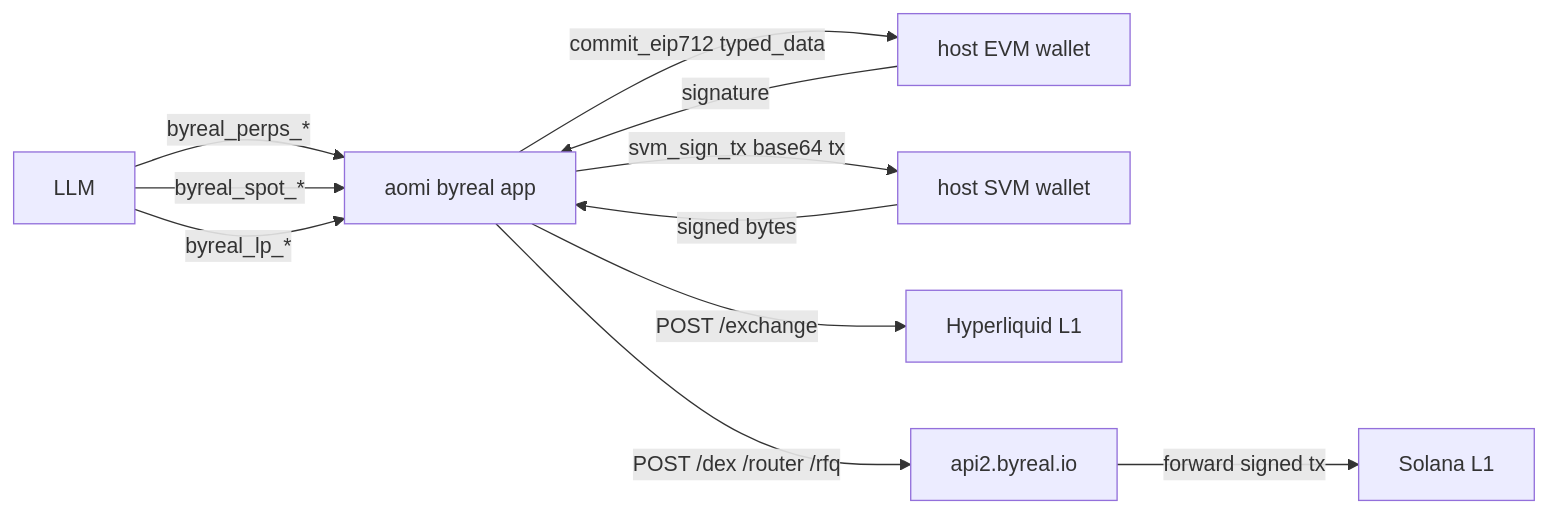
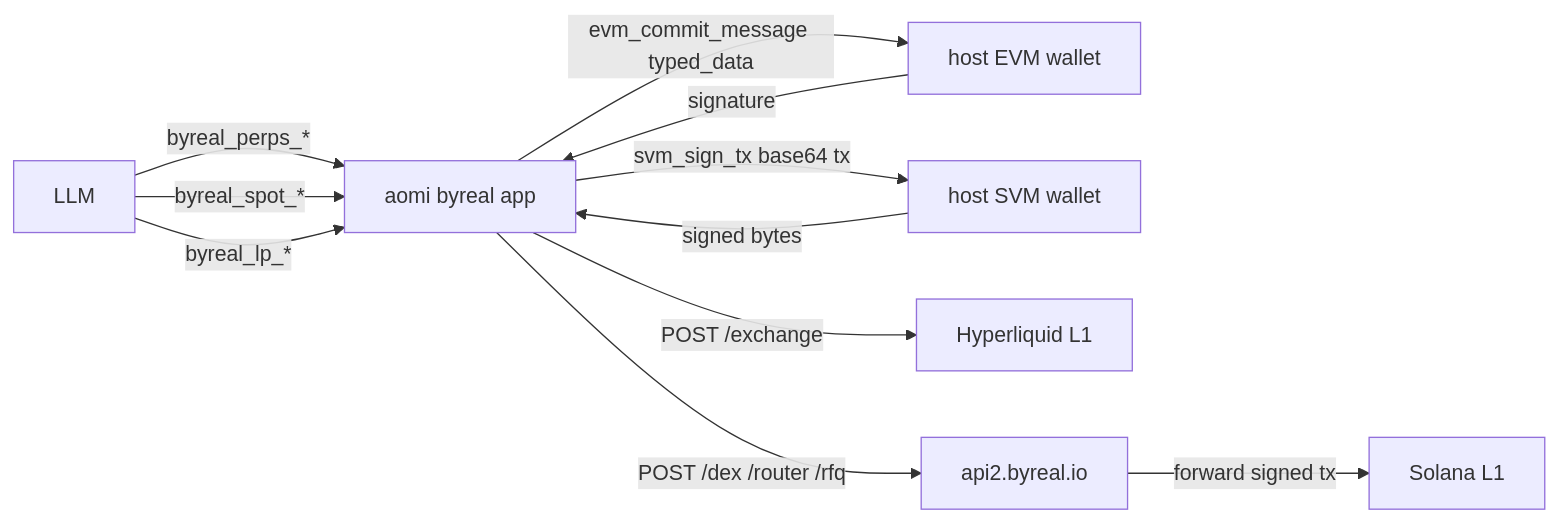
Before and after one commit to aomi-labs/aomi-sdk: the sixth of 6 diagrams in apps/byreal/BYREAL_CLI_FLOWS.md, drawn with Mermaid. The commit also changed other lines of this file and 22 other files, not shown here.

Commit message:
EvmCommitMessage

````diff
--- a/apps/byreal/BYREAL_CLI_FLOWS.md
+++ b/apps/byreal/BYREAL_CLI_FLOWS.md
@@ -207,23 +207,23 @@
 ```mermaid
 flowchart LR
     LLM[LLM]
     App[aomi byreal app]
     EVM[host EVM wallet]
     SVM[host SVM wallet]
     HL[Hyperliquid L1]
     Byreal[api2.byreal.io]
     Solana[Solana L1]
 
     LLM -->|byreal_perps_*| App
     LLM -->|byreal_spot_*| App
     LLM -->|byreal_lp_*| App
 
-    App -->|commit_eip712 typed_data| EVM
+    App -->|evm_commit_message typed_data| EVM
     EVM -->|signature| App
     App -->|POST /exchange| HL
 
     App -->|svm_sign_tx base64 tx| SVM
     SVM -->|signed bytes| App
     App -->|POST /dex /router /rfq| Byreal
     Byreal -->|forward signed tx| Solana
 ```
````
